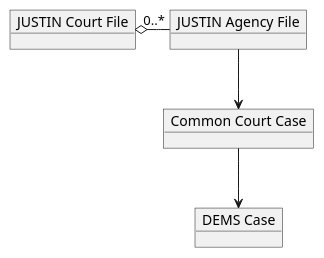
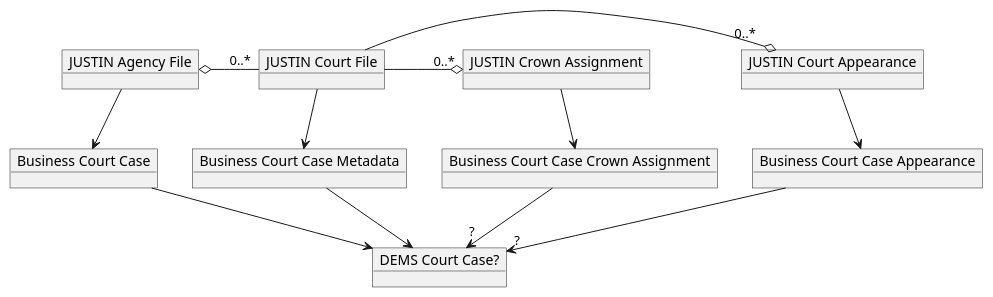
One commit to bcgov/jpss-jade-ccm changed the diagram in img/src/ccm_business_objects.plantuml. Above: the diagram before and after it, drawn with PlantUML. The commit also changed 8 other files, not shown here.

```diff
--- a/img/src/ccm_business_objects.plantuml
+++ b/img/src/ccm_business_objects.plantuml
@@ -1,12 +1,25 @@
-@startuml objects
+@startuml ccm_business_objects
 
 object "JUSTIN Agency File" as justin_agency_file
 object "JUSTIN Court File" as justin_court_file
-object "Common Court Case" as common_court_case
-object "DEMS Case" as dems_case
+object "JUSTIN Crown Assignment" as justin_crown_assignment
+object "JUSTIN Court Appearance" as justin_appearance
+object "Business Court Case" as business_court_case
+object "Business Court Case Metadata" as business_court_case_metadata
+object "Business Court Case Appearance" as business_court_case_appearance
+object "Business Court Case Crown Assignment" as business_court_case_crown_assignment
+object "DEMS Court Case?" as dems_court_case
 
-justin_court_file o- "0..*" justin_agency_file
-justin_agency_file --> common_court_case
-common_court_case --> dems_case
+justin_agency_file o- "0..*"  justin_court_file
+justin_court_file -o "0..*" justin_appearance
+justin_court_file -o "0..*" justin_crown_assignment
+justin_agency_file --> business_court_case
+justin_court_file --> business_court_case_metadata
+justin_crown_assignment --> business_court_case_crown_assignment
+justin_appearance --> business_court_case_appearance
+business_court_case --> dems_court_case
+business_court_case_metadata --> dems_court_case
+business_court_case_appearance --> "?" dems_court_case
+business_court_case_crown_assignment --> "?" dems_court_case
 
 @enduml
```
